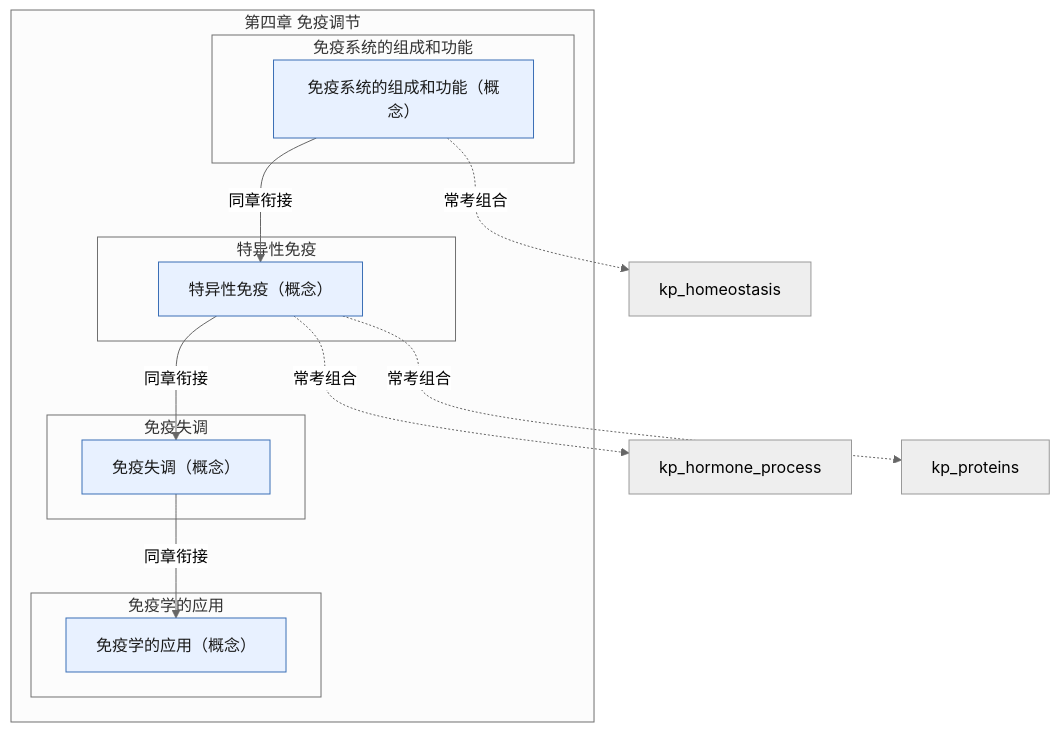
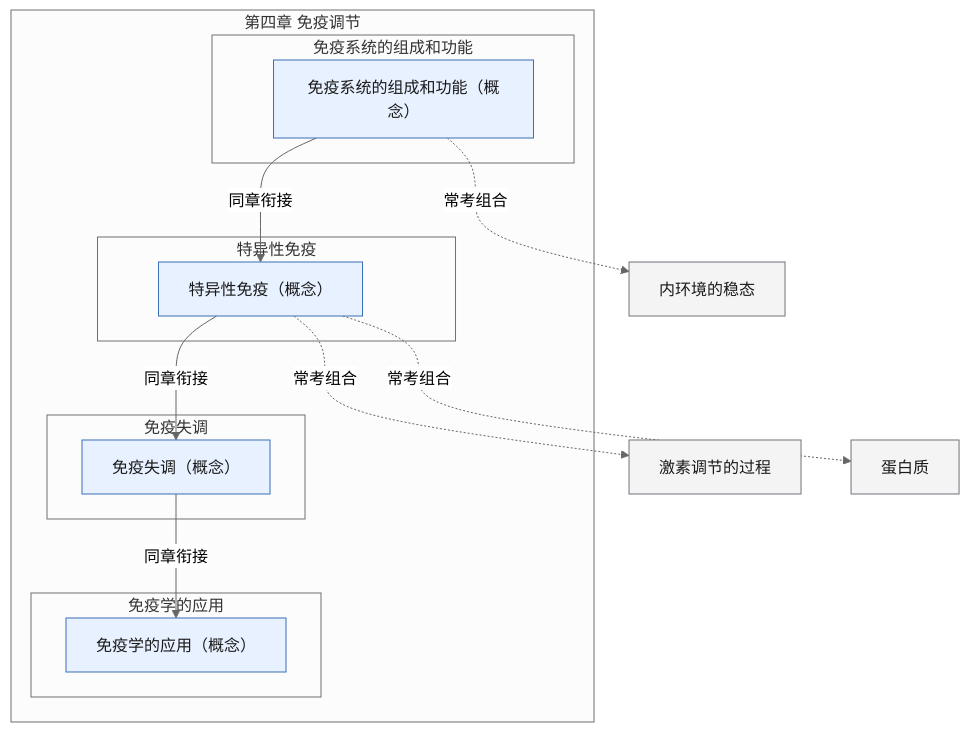
One commit to lihenair/high-school-ai-tutor-skill changed the diagram in skills/high-school-ai-tutor/references/pep-bio-xbx1-ch4.md. Above: the diagram before and after it, drawn with Mermaid (neutral theme). The commit also changed 20 other files, not shown here.

Commit message:
feat(graph): 跨章常考组合渲染为中文显示名（灰色外部节点），不再显示英文代号

````diff
--- a/skills/high-school-ai-tutor/references/pep-bio-xbx1-ch4.md
+++ b/skills/high-school-ai-tutor/references/pep-bio-xbx1-ch4.md
@@ -5,27 +5,27 @@
 ```mermaid
 flowchart TD
   classDef concept fill:#E8F1FF,stroke:#3B6FB6,color:#1A1A1A
   classDef skill fill:#E7F6EE,stroke:#2E7D4F,color:#1A1A1A
   classDef experiment fill:#FFF4E5,stroke:#C47B17,color:#1A1A1A
   classDef later fill:#F4F4F5,stroke:#71717A,color:#1A1A1A
   subgraph ch["第四章 免疫调节"]
     subgraph s1["免疫系统的组成和功能"]
       kp_immune_system["免疫系统的组成和功能（概念）"]:::concept
     end
     subgraph s2["特异性免疫"]
       kp_specific_immunity["特异性免疫（概念）"]:::concept
     end
     subgraph s3["免疫失调"]
       kp_immune_disorder["免疫失调（概念）"]:::concept
     end
     subgraph s4["免疫学的应用"]
       kp_immune_application["免疫学的应用（概念）"]:::concept
     end
   end
   kp_immune_system -->|同章衔接| kp_specific_immunity
   kp_specific_immunity -->|同章衔接| kp_immune_disorder
   kp_immune_disorder -->|同章衔接| kp_immune_application
-  kp_specific_immunity -.->|常考组合| kp_hormone_process
-  kp_specific_immunity -.->|常考组合| kp_proteins
-  kp_immune_system -.->|常考组合| kp_homeostasis
+  kp_specific_immunity -.->|常考组合| kp_hormone_process["激素调节的过程"]:::later
+  kp_specific_immunity -.->|常考组合| kp_proteins["蛋白质"]:::later
+  kp_immune_system -.->|常考组合| kp_homeostasis["内环境的稳态"]:::later
 ```
````
